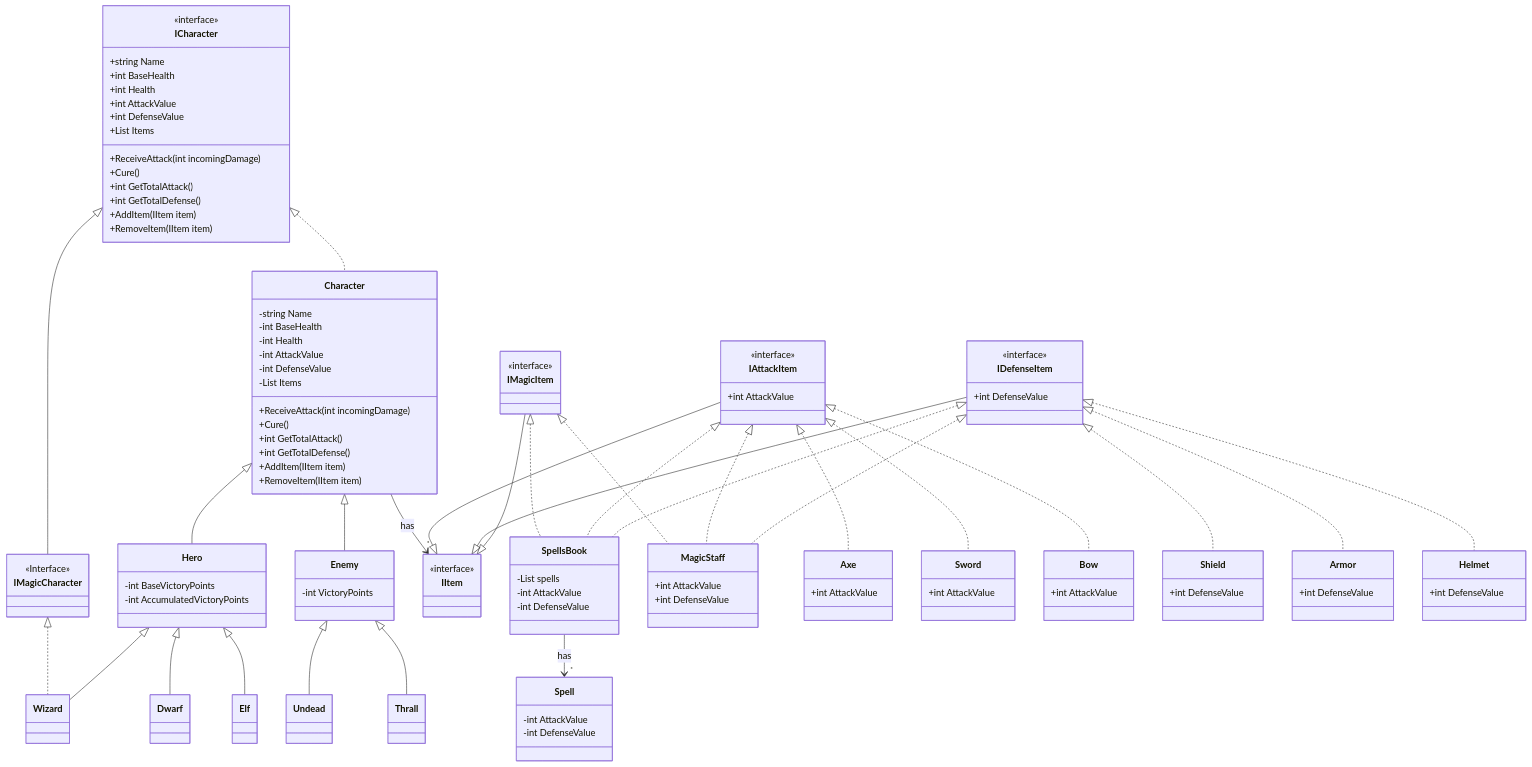
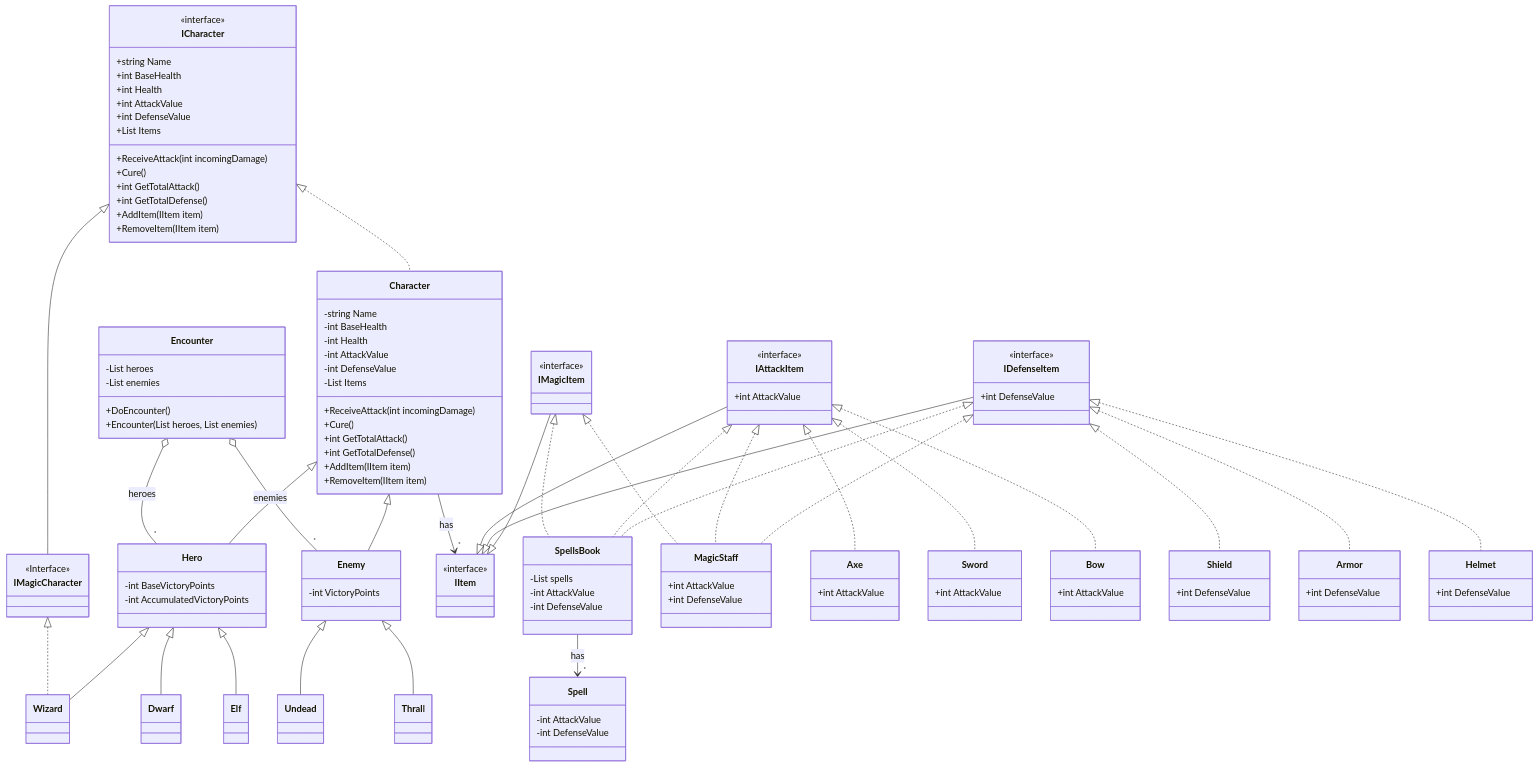
Before and after one commit to UCUBascou/PII_RoleplayGame_2_Start: the diagram in DIAGRAM.md, drawn with Mermaid.

Commit message:
Diagrama uml

````diff
--- a/DIAGRAM.md
+++ b/DIAGRAM.md
@@ -9,5 +9,10 @@
 ```mermaid
 classDiagram
+    %% Relaciones de encounter
+
+    Encounter o-- "*" Hero : heroes
+    Encounter o-- "*" Enemy : enemies
+
     %% Relaciones de personajes
 
     ICharacter <|.. Character
@@ -153,4 +158,12 @@
     class Helmet{
         +int DefenseValue
     }
+
+    %% Encounter
+    class Encounter{
+    -List<Hero> heroes
+    -List<Enemy> enemies
+    +DoEncounter()
+    +Encounter(List<Hero> heroes, List<Enemy> enemies)
+    }
 ```
````
